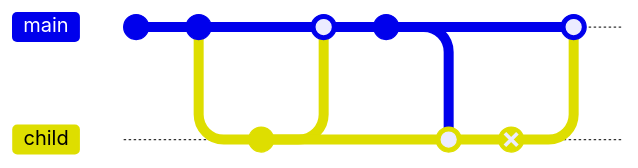
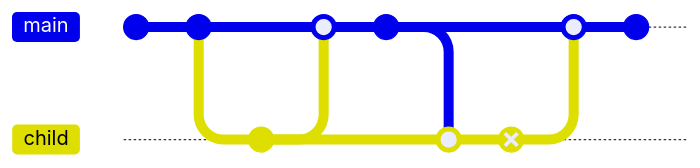
One commit to dreamcatcher-tech/network changed the seventh of 7 diagrams in website/nfas/Requests/R06.md. Above: the diagram before and after it, drawn with Mermaid. The commit also changed other lines of this file and 6 other files, not shown here. Commit ids are hidden.

````diff
--- a/website/nfas/Requests/R06.md
+++ b/website/nfas/Requests/R06.md
@@ -114,15 +120,16 @@
 ```mermaid
     gitGraph
       commit
       commit
       branch child
       commit
       checkout main
       merge child
       commit
       checkout child
       merge main
       commit type: REVERSE
       checkout main
       merge child
+      commit
 ```
````
